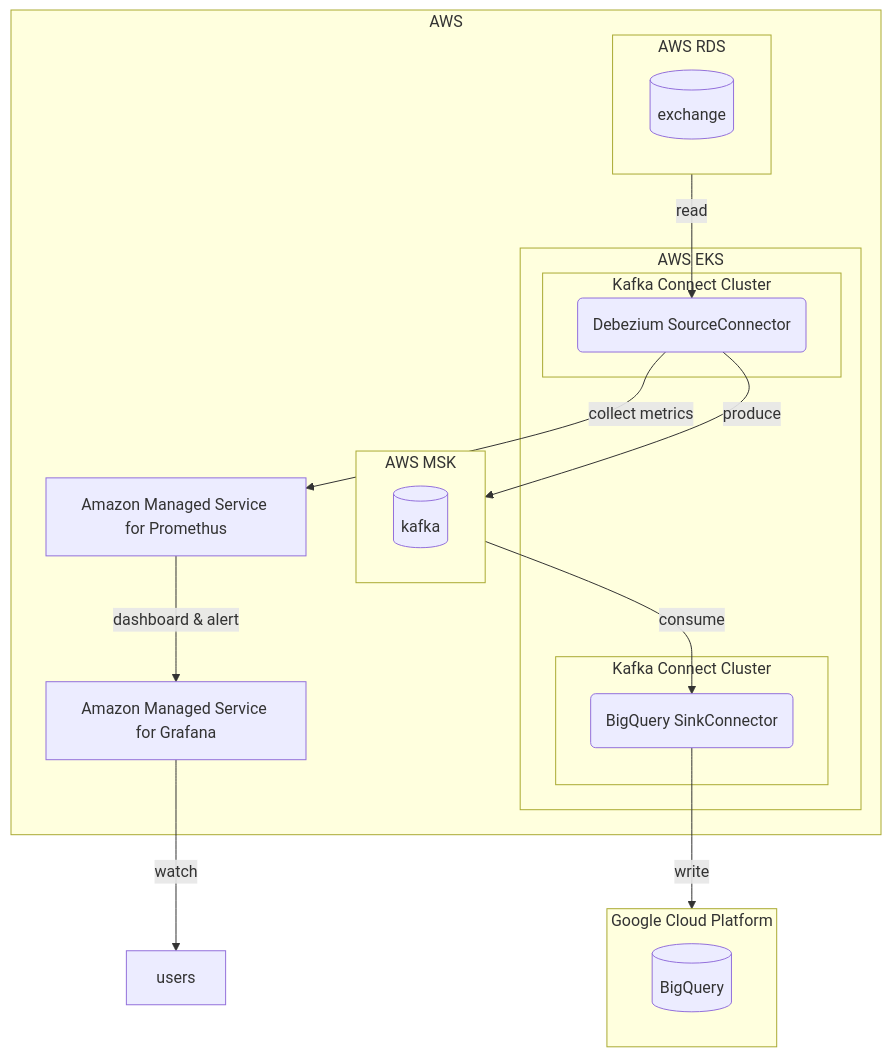
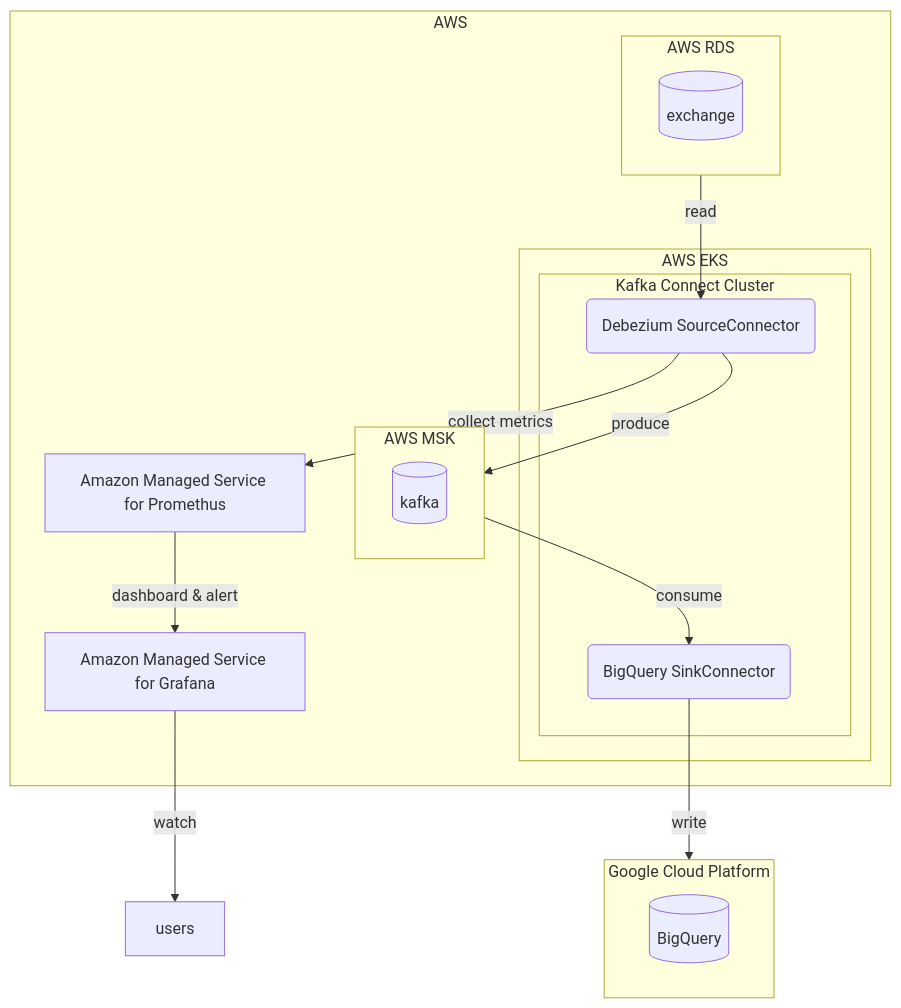
The diagram in src/site/notes/data/kafka/__/cdc-pipeline-with-debezium.md (jx2lee/my-digital-garden), drawn with Mermaid before and after one commit.

Commit message:
Published multiple files

````diff
--- a/src/site/notes/data/kafka/__/cdc-pipeline-with-debezium.md
+++ b/src/site/notes/data/kafka/__/cdc-pipeline-with-debezium.md
@@ -19,31 +19,29 @@
 ```mermaid
 flowchart TB
     subgraph aws["AWS"]
         subgraph eks["AWS EKS"]
             subgraph source_connect["Kafka Connect Cluster"]
+                sink("BigQuery SinkConnector")
                 source("Debezium SourceConnector")
-            end
-            subgraph sink_connect["Kafka Connect Cluster"]
-                sink("BigQuery SinkConnector")
             end
 
         end
         
         subgraph rds["AWS RDS"]
             exchange[(exchange)]
         end
         subgraph msk["AWS MSK"]
             kafka[(kafka)]
         end
         amp["Amazon Managed Service for Promethus"]
         amg["Amazon Managed Service for Grafana"]
     end
 
     subgraph gcp["Google Cloud Platform"]
         bigquery[("BigQuery")]
     end
     users
     
     rds --> |read| source --> |produce| msk --> |consume| sink --> |write| gcp
     source --> |collect metrics| amp --> |dashboard & alert| amg --> |watch| users
 ```
````
